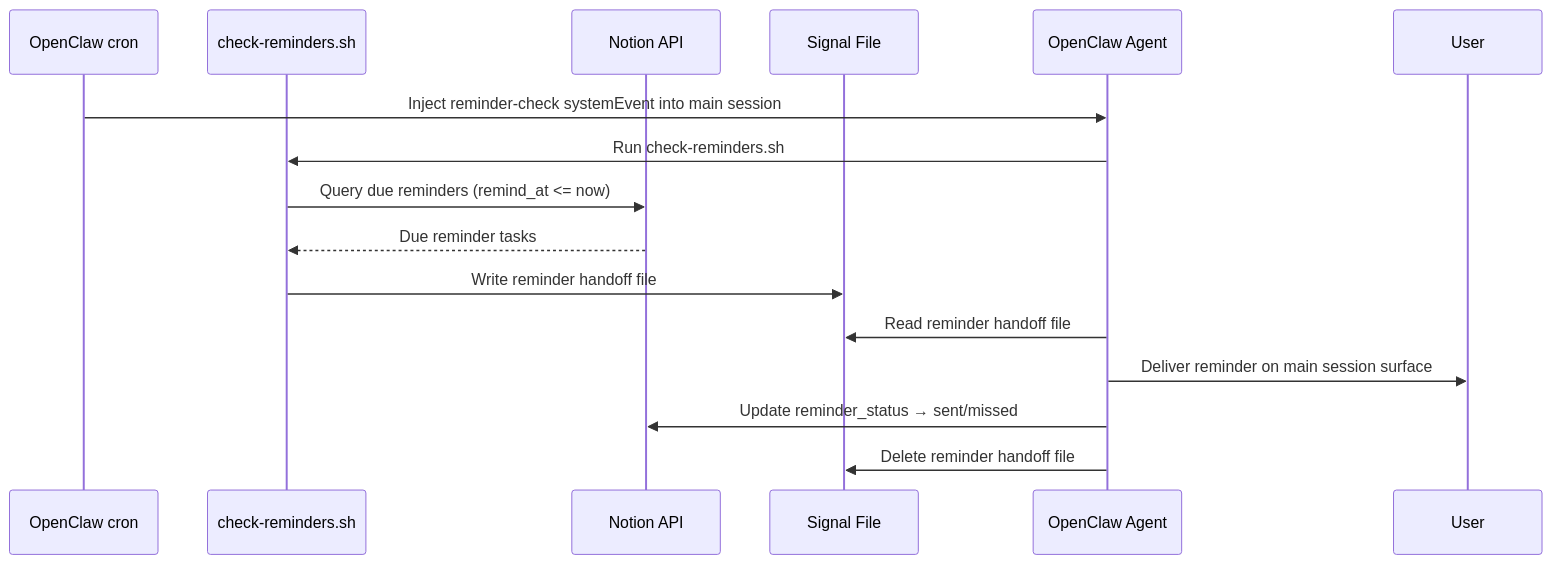
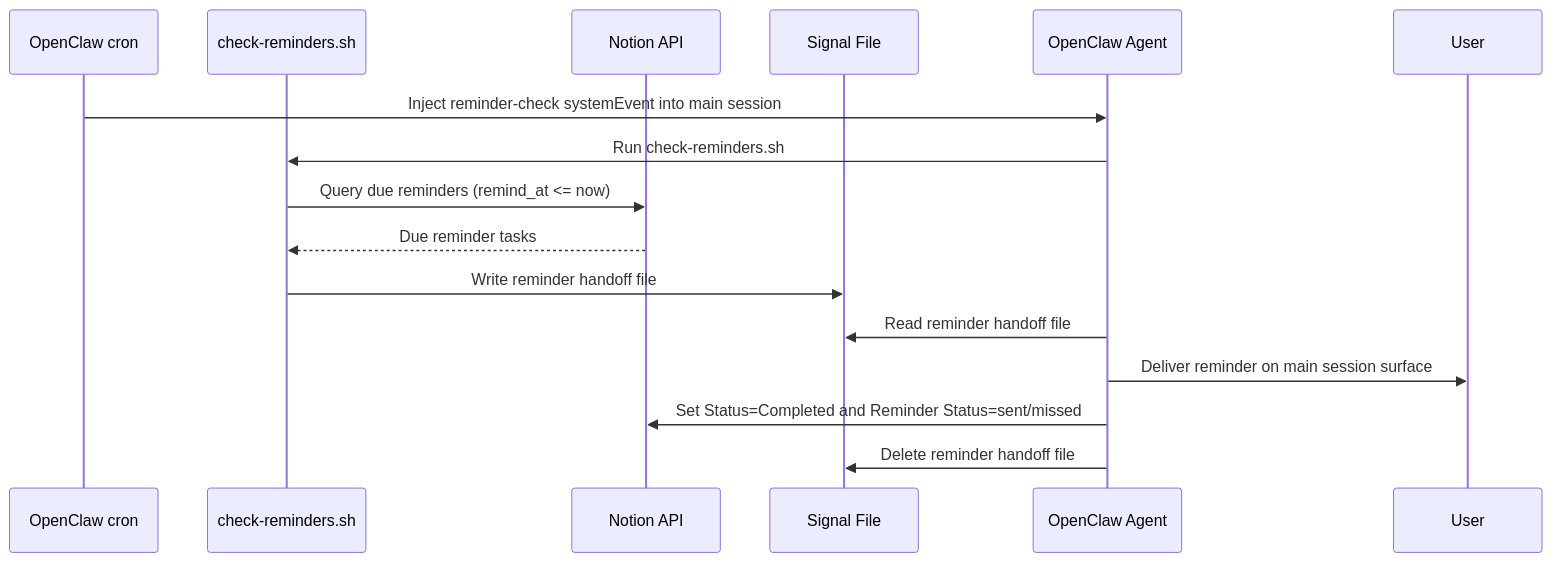
Before and after one commit to NickBorgersProbably/hide-my-list: diagram 22 of 28 in docs/user-interactions.md, drawn with Mermaid. The commit also changed 3 other files, not shown here.

````diff
--- a/docs/user-interactions.md
+++ b/docs/user-interactions.md
@@ -757,19 +757,19 @@
 ```mermaid
 sequenceDiagram
     participant Cron as OpenClaw cron
     participant Scr as check-reminders.sh
     participant Notion as Notion API
     participant Signal as Signal File
     participant Agent as OpenClaw Agent
     participant User
 
     Cron->>Agent: Inject reminder-check systemEvent into main session
     Agent->>Scr: Run check-reminders.sh
     Scr->>Notion: Query due reminders (remind_at <= now)
     Notion-->>Scr: Due reminder tasks
     Scr->>Signal: Write reminder handoff file
     Agent->>Signal: Read reminder handoff file
     Agent->>User: Deliver reminder on main session surface
-    Agent->>Notion: Update reminder_status → sent/missed
+    Agent->>Notion: Set Status=Completed and Reminder Status=sent/missed
     Agent->>Signal: Delete reminder handoff file
 ```
````
